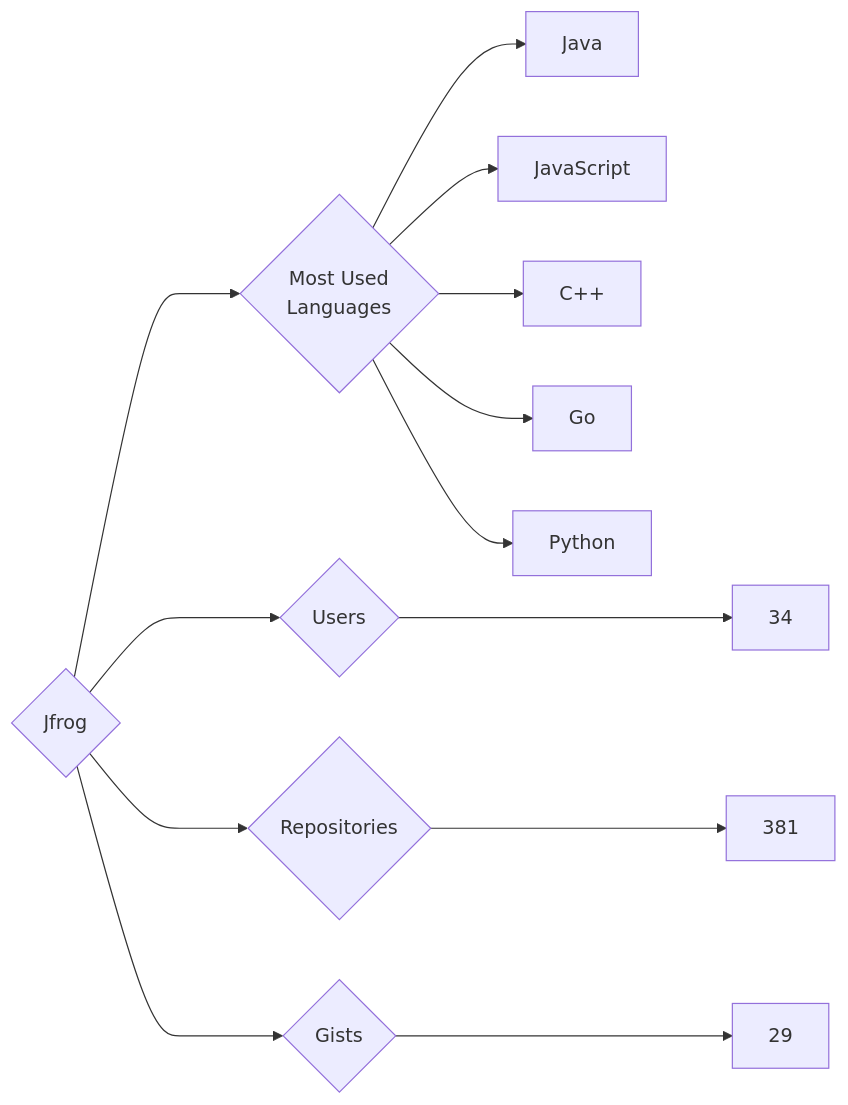
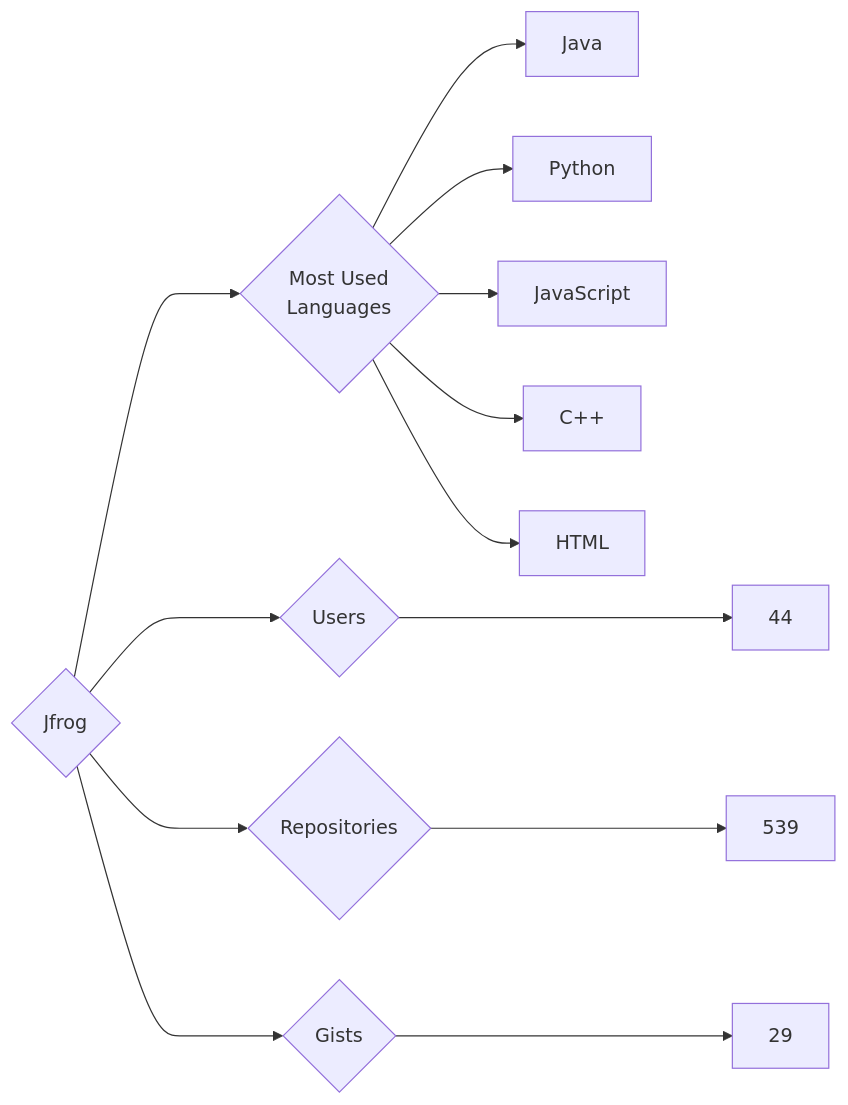
One commit to trickest/insiders changed the diagram in targets/Jfrog/README.md. Above: the diagram before and after it, drawn with Mermaid. The commit also changed 749 other files, not shown here.

````diff
--- a/targets/Jfrog/README.md
+++ b/targets/Jfrog/README.md
@@ -3,13 +3,13 @@
 ```mermaid
 graph LR
 COMPANY_NAME{Jfrog}
-COMPANY_NAME ---> U{Users} ---> UN[34]
-COMPANY_NAME ---> R{Repositories} ---> RN[381]
+COMPANY_NAME ---> U{Users} ---> UN[44]
+COMPANY_NAME ---> R{Repositories} ---> RN[539]
 COMPANY_NAME ---> G{Gists} ---> GN[29]
 COMPANY_NAME ---> ML{Most Used<br>Languages}
 ML --> Java[Java]
+ML --> Python[Python]
 ML --> JavaScript[JavaScript]
 ML --> C++[C++]
-ML --> Go[Go]
-ML --> Python[Python]
+ML --> HTML[HTML]
 ```
````
